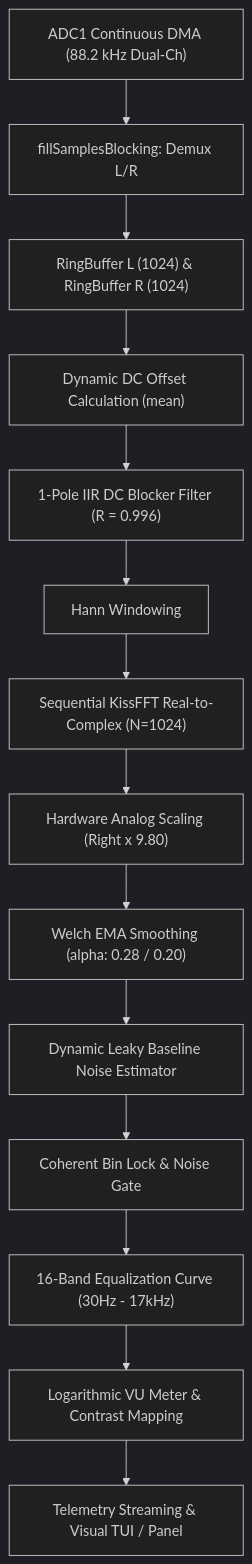
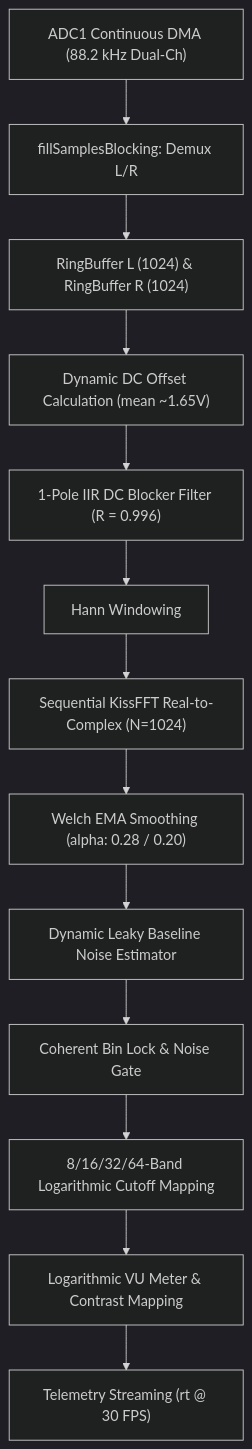
The diagram in docs/FFT_IMPLEMENTATION.md (ardo-zapp/jacktor-audio), drawn with Mermaid (dark theme) before and after one commit. The commit also changed other lines of this file and 3066 other files, not shown here.

````diff
--- a/docs/FFT_IMPLEMENTATION.md
+++ b/docs/FFT_IMPLEMENTATION.md
@@ -80,16 +73,15 @@
 ```mermaid
 flowchart TD
     A["ADC1 Continuous DMA (88.2 kHz Dual-Ch)"] --> B["fillSamplesBlocking: Demux L/R"]
     B --> C["RingBuffer L (1024) & RingBuffer R (1024)"]
-    C --> D["Dynamic DC Offset Calculation (mean)"]
+    C --> D["Dynamic DC Offset Calculation (mean ~1.65V)"]
     D --> E["1-Pole IIR DC Blocker Filter (R = 0.996)"]
     E --> F["Hann Windowing"]
     F --> G["Sequential KissFFT Real-to-Complex (N=1024)"]
-    G --> H["Hardware Analog Scaling (Right x 9.80)"]
-    H --> I["Welch EMA Smoothing (alpha: 0.28 / 0.20)"]
-    I --> J["Dynamic Leaky Baseline Noise Estimator"]
-    J --> K["Coherent Bin Lock & Noise Gate"]
-    K --> L["16-Band Equalization Curve (30Hz - 17kHz)"]
-    L --> M["Logarithmic VU Meter & Contrast Mapping"]
-    M --> N["Telemetry Streaming & Visual TUI / Panel"]
+    G --> H["Welch EMA Smoothing (alpha: 0.28 / 0.20)"]
+    H --> I["Dynamic Leaky Baseline Noise Estimator"]
+    I --> J["Coherent Bin Lock & Noise Gate"]
+    J --> K["8/16/32/64-Band Logarithmic Cutoff Mapping"]
+    K --> L["Logarithmic VU Meter & Contrast Mapping"]
+    L --> M["Telemetry Streaming (rt @ 30 FPS)"]
 ```
````
